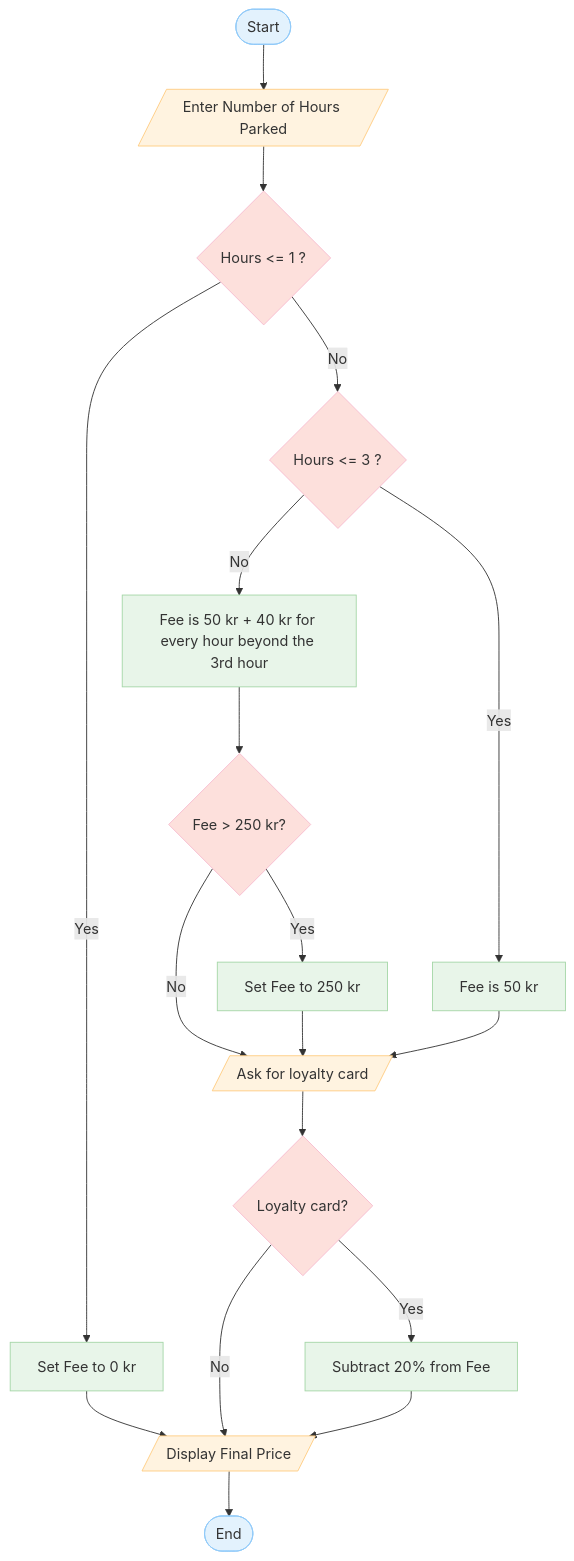
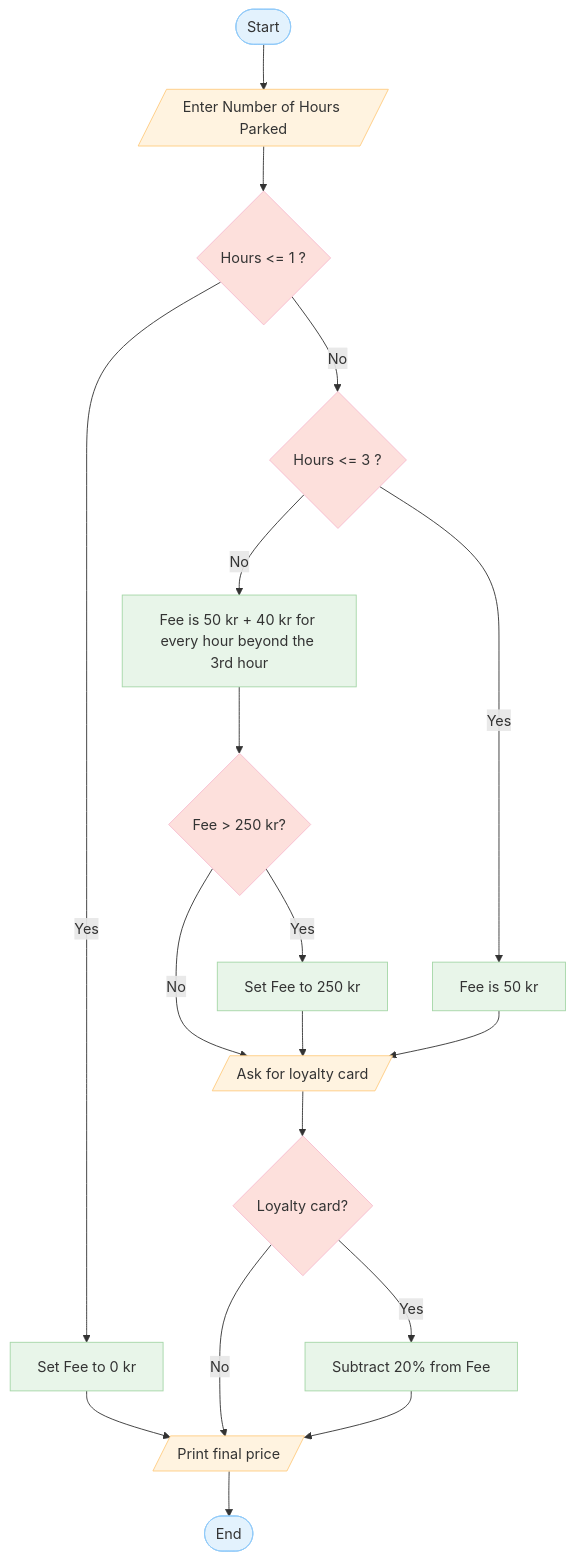
One commit to joelBIT/workshop-pseudocode-flowcharts changed the fifth of 9 diagrams in README.md. Above: the diagram before and after it, drawn with Mermaid. The commit also changed other lines of this file, not shown here.

Commit message:
Update display messages in flowcharts

````diff
--- a/README.md
+++ b/README.md
@@ -177,26 +177,26 @@
 ```mermaid
 flowchart TD
     A([Start]):::term --> B[/Enter Number of Hours Parked/]:::io
     B --> C{Hours <= 1 ?}:::dec
     C -- No --> D{Hours <= 3 ?}:::dec
     C -- Yes --> E[Set Fee to 0 kr]:::proc
-    E --> Z[/Display Final Price/]:::io
-    Y -- No --> Z[/Display Final Price/]:::io
+    E --> Z[/Print final price/]:::io
+    Y -- No --> Z[/Print final price/]:::io
     Y -- Yes --> W[Subtract 20% from Fee]:::proc
-    W --> Z[/Display Final Price/]:::io
+    W --> Z[/Print final price/]:::io
     D -- No --> G[Fee is 50 kr + 40 kr for every hour beyond the 3rd hour]:::proc
     D -- Yes --> F[Fee is 50 kr]:::proc
     G --> H{Fee > 250 kr?}:::dec
     H -- No --> N[/Ask for loyalty card/]:::io
     H -- Yes --> K[Set Fee to 250 kr]:::proc
     K --> N[/Ask for loyalty card/]:::io
     F --> N[/Ask for loyalty card/]:::io
     N --> Y{Loyalty card?}:::dec
     Z --> X([End]):::term
     
 
 classDef term fill:#e3f2fd,stroke:#90caf9,color:#333,stroke-width:1px;
 classDef io fill:#fff3e0,stroke:#ffcc80,color:#333,stroke-width:1px;
 classDef dec fill:#fde0dc,stroke:#f8bbd0,color:#333,stroke-width:1px;
 classDef proc fill:#e8f5e9,stroke:#a5d6a7,color:#333,stroke-width:1px;
 ```
````
